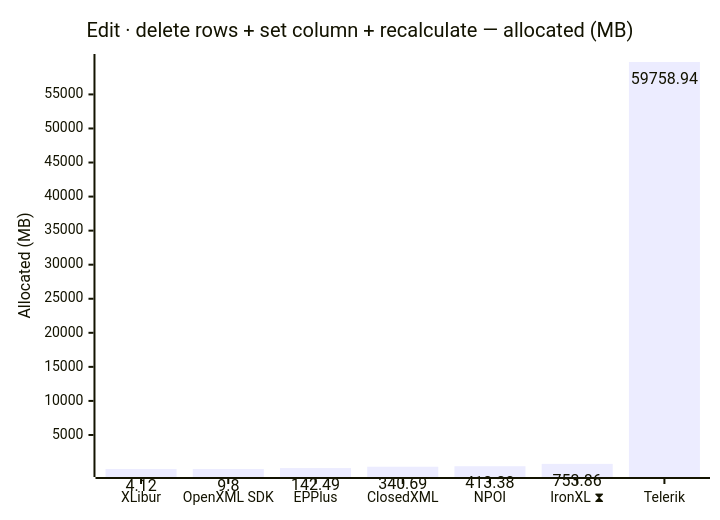
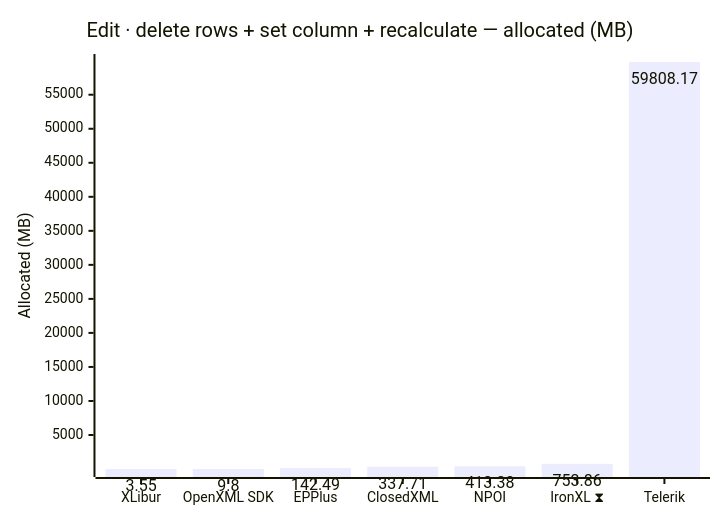
Before and after one commit to jafin/XLBench: the tenth of 12 diagrams in docs/results.md, drawn with Mermaid. The commit also changed other lines of this file and 2 other files, not shown here.

````diff
--- a/docs/results.md
+++ b/docs/results.md
@@ -157,12 +157,12 @@
 ```mermaid
 ---
 config:
   xyChart:
     showDataLabel: true
 ---
 xychart-beta
     title "Edit · delete rows + set column + recalculate — allocated (MB)"
     x-axis ["XLibur", "OpenXML SDK", "EPPlus", "ClosedXML", "NPOI", "IronXL ⧗", "Telerik"]
     y-axis "Allocated (MB)"
-    bar [4.12, 9.8, 142.49, 340.69, 413.38, 753.86, 59758.94]
+    bar [3.55, 9.8, 142.49, 337.71, 413.38, 753.86, 59808.17]
 ```
````
